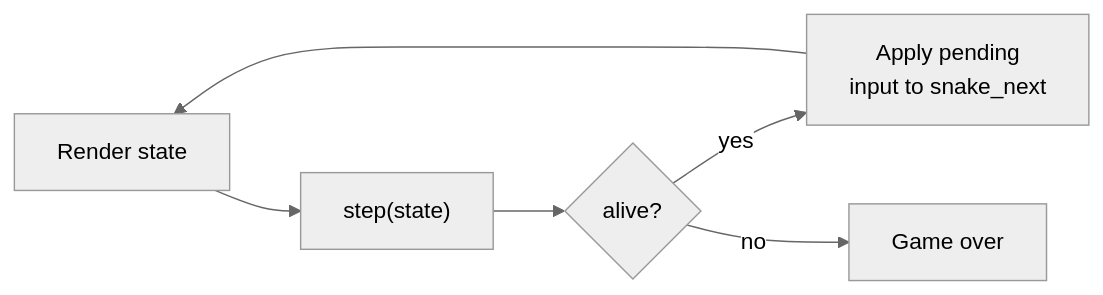
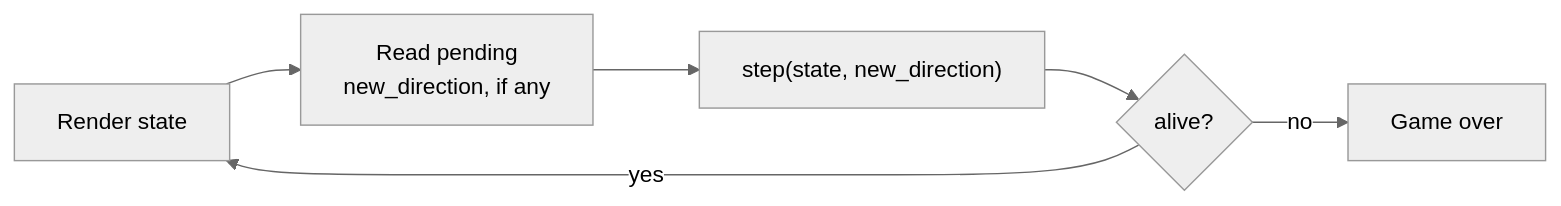
One commit to dylanweed/snake-from-spec changed the diagram in spec-runtime.md. Above: the diagram before and after it, drawn with Mermaid (neutral theme). The commit also changed other lines of this file and 2 other files, not shown here.

Commit message:
Move direction handling from game loop into step()
step() now takes an optional new_direction parameter alongside state,
resolving the pending move direction itself instead of relying on the
game loop to write snake_next beforehand. A null/omitted new_direction
means the snake continues in its current direction. Kept the parameter
input-mode-agnostic (not "keypress") since presentation layers include
NES controllers, not just keyboards. Updated the game loop spec and
step() test vectors to match.

````diff
--- a/spec-runtime.md
+++ b/spec-runtime.md
@@ -29,8 +29,8 @@
 ```mermaid
 flowchart LR
-    A[Render state] --> B["step(state)"]
-    B --> C{alive?}
-    C -->|yes| D[Apply pending\ninput to snake_next]
-    D --> A
-    C -->|no| E[Game over]
+    A[Render state] --> B[Read pending\nnew_direction, if any]
+    B --> C["step(state, new_direction)"]
+    C --> D{alive?}
+    D -->|yes| A
+    D -->|no| E[Game over]
 ```
````
